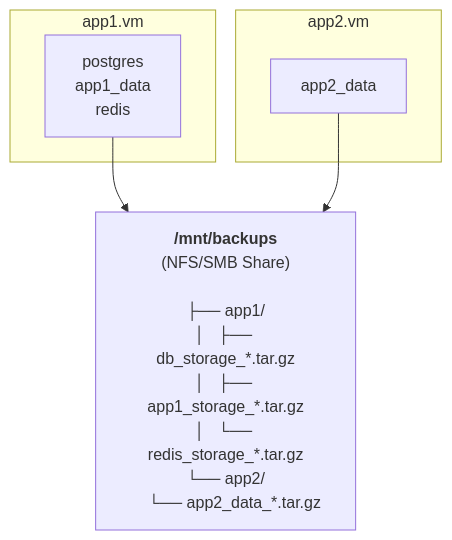
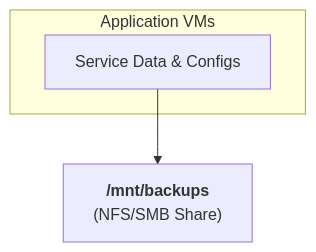
Before and after one commit to gatanasi/server-hub: the diagram in docs/BACKUP_STRATEGY.md, drawn with Mermaid. The commit also changed other lines of this file, not shown here.

Commit message:
docs: resolve remaining review comments

````diff
--- a/docs/BACKUP_STRATEGY.md
+++ b/docs/BACKUP_STRATEGY.md
@@ -11,15 +11,8 @@
 ```mermaid
 flowchart TD
-    subgraph VM1[app1.vm]
-        app1_data["postgres<br/>app1_data<br/>redis"]
+    subgraph AppVMs [Application VMs]
+        data["Service Data & Configs"]
     end
 
-    subgraph VM2[app2.vm]
-        app2_data["app2_data"]
-    end
-
-    Backups["<b>/mnt/backups</b><br/>(NFS/SMB Share)<br/><br/>├── app1/<br/>│&nbsp;&nbsp;&nbsp;├── db_storage_*.tar.gz<br/>│&nbsp;&nbsp;&nbsp;├── app1_storage_*.tar.gz<br/>│&nbsp;&nbsp;&nbsp;└── redis_storage_*.tar.gz<br/>└── app2/<br/>&nbsp;&nbsp;&nbsp;&nbsp;└── app2_data_*.tar.gz"]
-
-    app1_data --> Backups
-    app2_data --> Backups
+    data --> Backups["<b>/mnt/backups</b><br/>(NFS/SMB Share)"]
 ```
````
